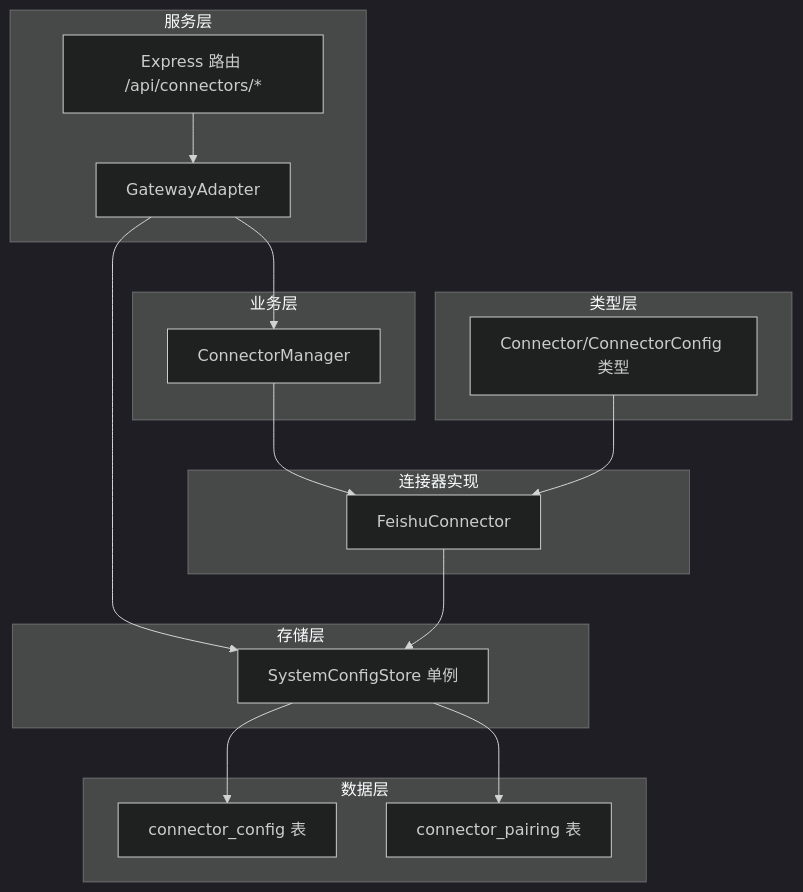
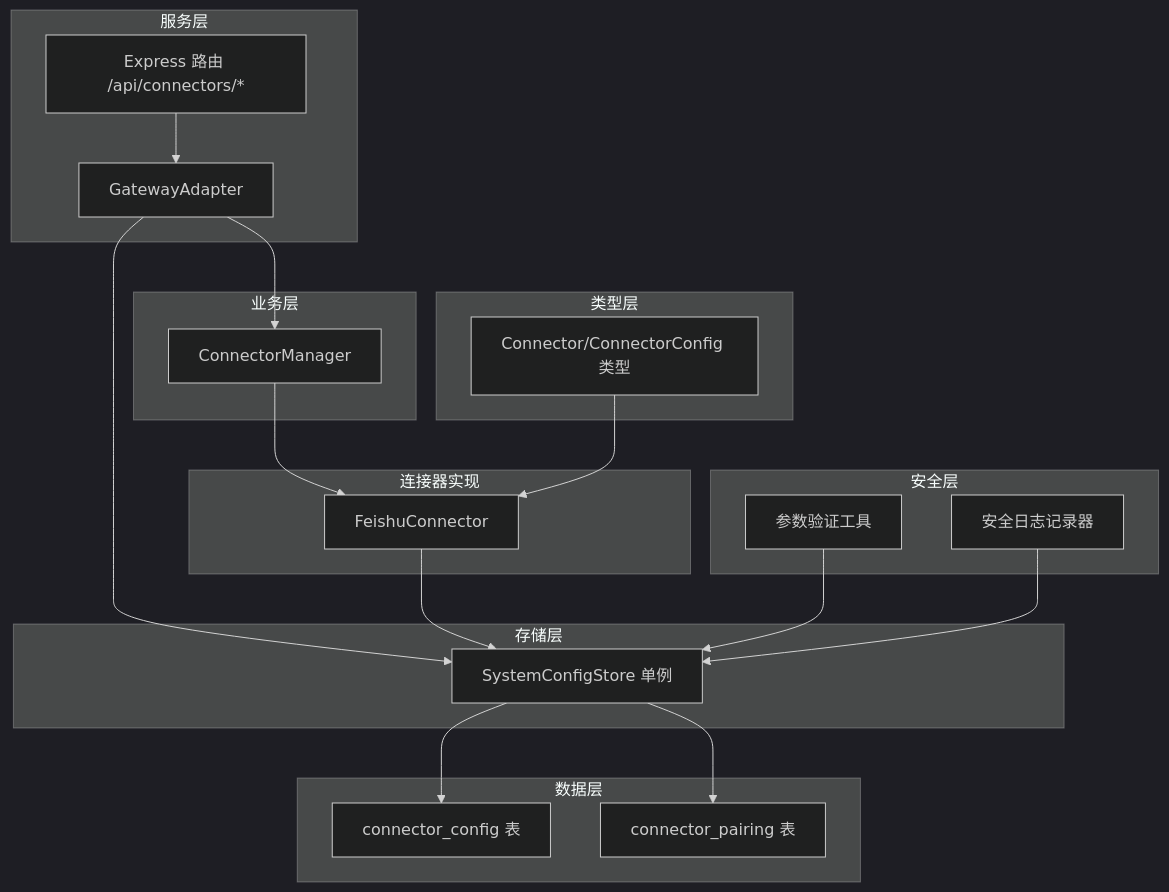
The first of 6 diagrams in .qoder/repowiki/zh/content/配置管理系统/连接器配置管理.md (HEROhuqinchao/deepbot), drawn with Mermaid (dark theme) before and after one commit. The commit also changed other lines of this file and 5 other files, not shown here.

````diff
--- a/.qoder/repowiki/zh/content/配置管理系统/连接器配置管理.md
+++ b/.qoder/repowiki/zh/content/配置管理系统/连接器配置管理.md
@@ -39,31 +51,37 @@
 ```mermaid
 graph TB
 subgraph "数据层"
 T1["connector_config 表"]
 T2["connector_pairing 表"]
 end
 subgraph "存储层"
 S1["SystemConfigStore 单例"]
 end
 subgraph "业务层"
 M1["ConnectorManager"]
 end
 subgraph "服务层"
 R1["Express 路由 /api/connectors/*"]
 G1["GatewayAdapter"]
 end
 subgraph "类型层"
 Tp1["Connector/ConnectorConfig 类型"]
 end
 subgraph "连接器实现"
 C1["FeishuConnector"]
 end
+subgraph "安全层"
+V1["参数验证工具"]
+L1["安全日志记录器"]
+end
 R1 --> G1
 G1 --> S1
 S1 --> T1
 S1 --> T2
 G1 --> M1
 M1 --> C1
 C1 --> S1
 Tp1 --> C1
+V1 --> S1
+L1 --> S1
 ```
````
